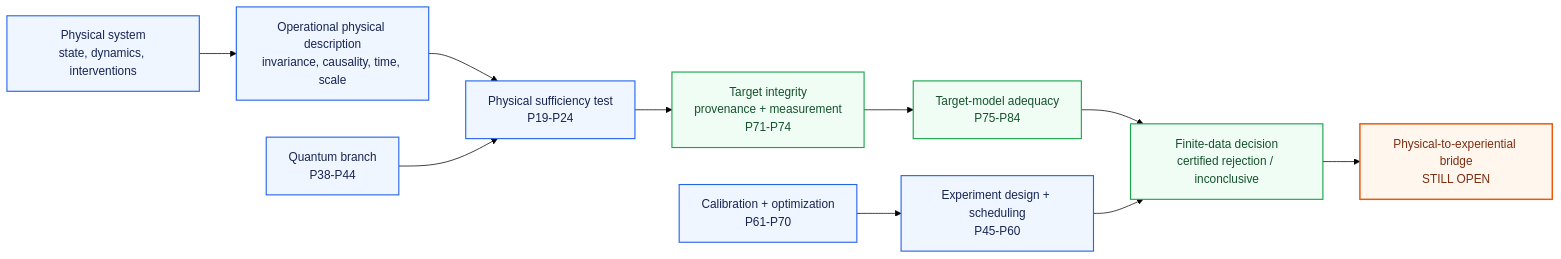
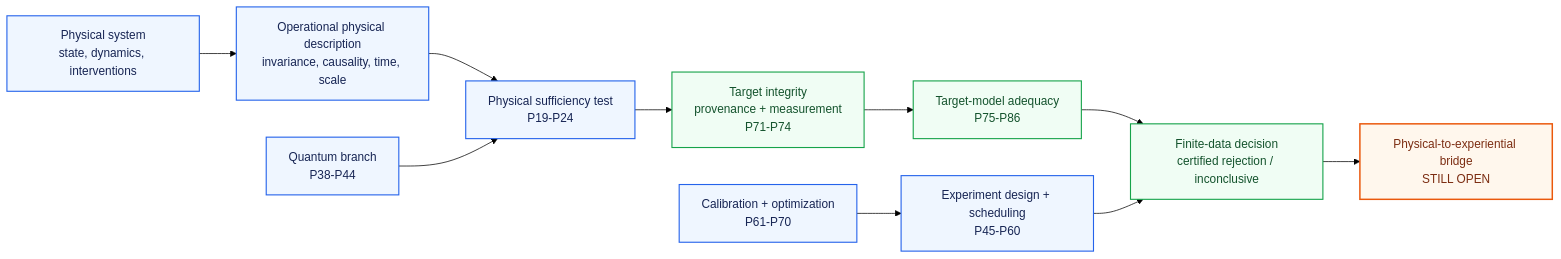
Before and after one commit to MahsaKeikha/mathematical-consciousness-bridge: the diagram in START_HERE.md, drawn with Mermaid (forest theme). The commit also changed other lines of this file and 16 other files, not shown here.

````diff
--- a/START_HERE.md
+++ b/START_HERE.md
@@ -19,20 +19,20 @@
 ```mermaid
 flowchart LR
     A[Physical system\nstate, dynamics, interventions] --> B[Operational physical description\ninvariance, causality, time, scale]
     B --> C[Physical sufficiency test\nP19-P24]
     C --> D[Target integrity\nprovenance + measurement\nP71-P74]
-    D --> E[Target-model adequacy\nP75-P84]
+    D --> E[Target-model adequacy\nP75-P86]
     E --> F[Finite-data decision\ncertified rejection / inconclusive]
     F --> G[Physical-to-experiential bridge\nSTILL OPEN]
 
     H[Quantum branch\nP38-P44] --> C
     I[Experiment design + scheduling\nP45-P60] --> F
     J[Calibration + optimization\nP61-P70] --> I
 
     classDef open fill:#fff7ed,stroke:#ea580c,stroke-width:2px,color:#7c2d12;
     classDef core fill:#eff6ff,stroke:#2563eb,stroke-width:1.5px,color:#172554;
     classDef target fill:#f0fdf4,stroke:#16a34a,stroke-width:1.5px,color:#14532d;
     class A,B,C,H,I,J core;
     class D,E,F target;
     class G open;
 ```
````
